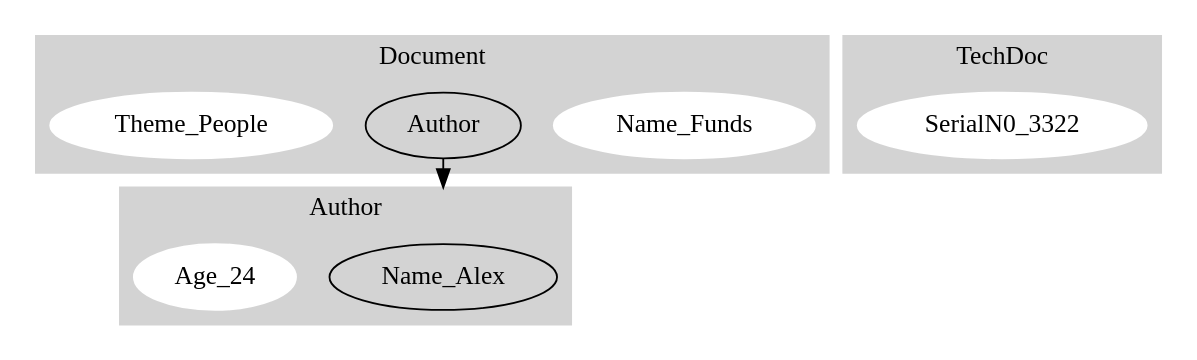
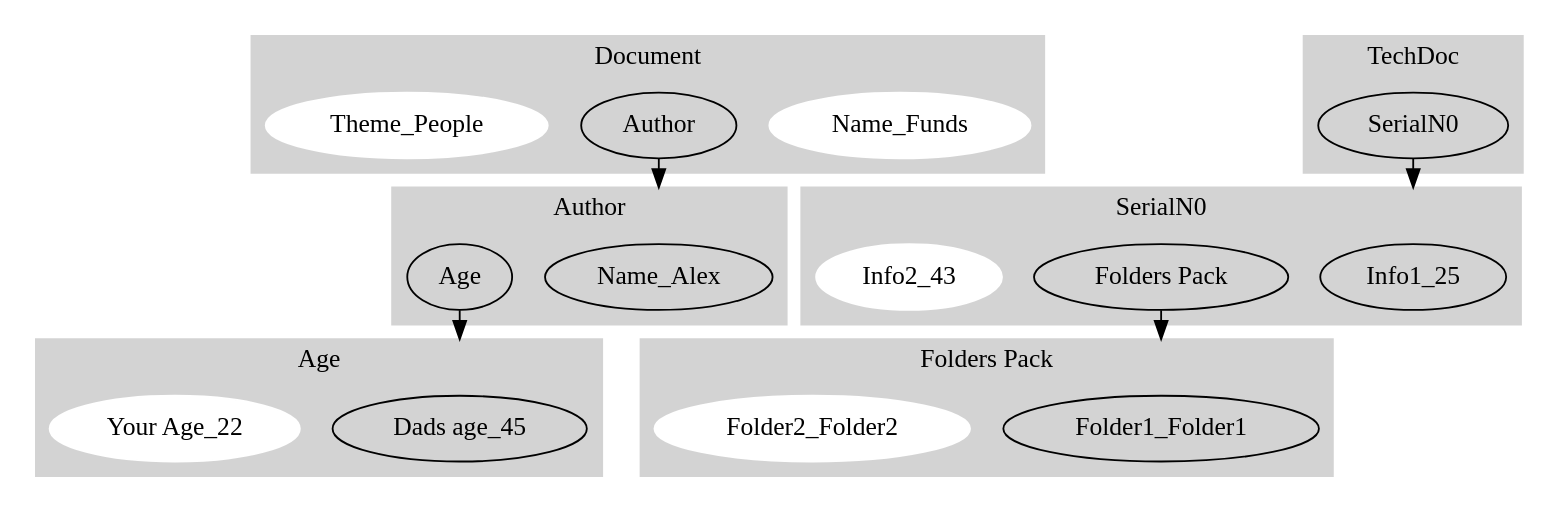
Before and after one commit to bronya2057/ExpertSystemPyLab: the diagram in GUI/Models/cluster.gv, drawn with Graphviz. The commit also changed 8 other files, not shown here.

Commit message:
Graph and Serialize working, Rename done. TODO modify .ui and CLEAR the model

```diff
--- a/GUI/Models/cluster.gv
+++ b/GUI/Models/cluster.gv
@@ -1,46 +1,98 @@
 digraph G {
 	compound=true
 	subgraph cluster_Document {
 		node [color=white style=filled]
 		Name_Funds
 		style=filled
 		color=lightgrey
 		label=Document
 	}
 	Author -> Name_Alex [lhead=cluster_Author]
 	subgraph cluster_Author {
 		node [color=white style=filled]
 		Name_Alex
 		style=filled
 		color=lightgrey
 		label=Author
 	}
+	Age -> "Dads age_45" [lhead=cluster_Age]
+	subgraph cluster_Age {
+		node [color=white style=filled]
+		"Dads age_45"
+		style=filled
+		color=lightgrey
+		label=Age
+	}
+	subgraph cluster_Age {
+		node [color=white style=filled]
+		"Your Age_22"
+		style=filled
+		color=lightgrey
+		label=Age
+	}
 	subgraph cluster_Author {
 		node [color=white style=filled]
-		Age_24
+		Age
 		style=filled
 		color=lightgrey
 		label=Author
 	}
 	subgraph cluster_Document {
 		node [color=white style=filled]
 		Author
 		style=filled
 		color=lightgrey
 		label=Document
 	}
 	subgraph cluster_Document {
 		node [color=white style=filled]
 		Theme_People
 		style=filled
 		color=lightgrey
 		label=Document
 	}
+	SerialN0 -> Info1_25 [lhead=cluster_SerialN0]
+	subgraph cluster_SerialN0 {
+		node [color=white style=filled]
+		Info1_25
+		style=filled
+		color=lightgrey
+		label=SerialN0
+	}
+	"Folders Pack" -> Folder1_Folder1 [lhead="cluster_Folders Pack"]
+	subgraph "cluster_Folders Pack" {
+		node [color=white style=filled]
+		Folder1_Folder1
+		style=filled
+		color=lightgrey
+		label="Folders Pack"
+	}
+	subgraph "cluster_Folders Pack" {
+		node [color=white style=filled]
+		Folder2_Folder2
+		style=filled
+		color=lightgrey
+		label="Folders Pack"
+	}
+	subgraph cluster_SerialN0 {
+		node [color=white style=filled]
+		"Folders Pack"
+		style=filled
+		color=lightgrey
+		label=SerialN0
+	}
+	subgraph cluster_SerialN0 {
+		node [color=white style=filled]
+		Info2_43
+		style=filled
+		color=lightgrey
+		label=SerialN0
+	}
 	subgraph cluster_TechDoc {
 		node [color=white style=filled]
-		SerialN0_3322
+		SerialN0
 		style=filled
 		color=lightgrey
 		label=TechDoc
 	}
 }
```
